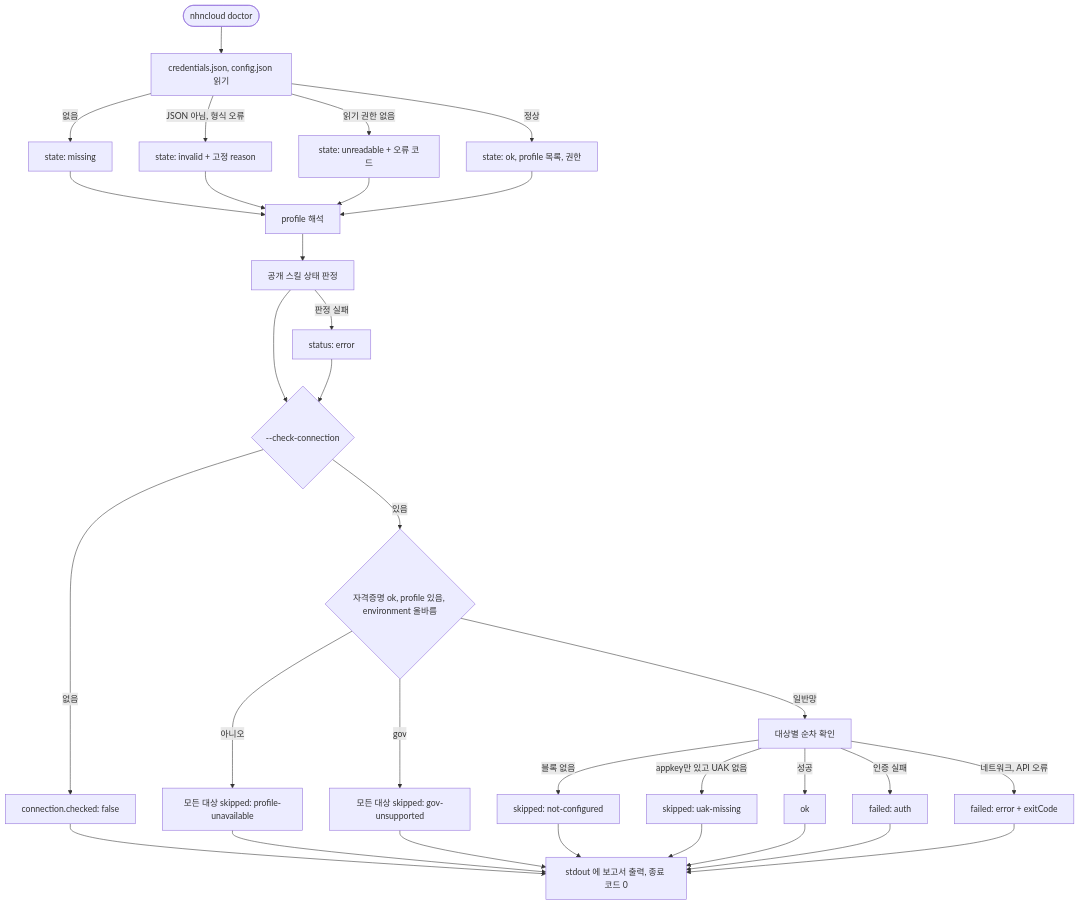
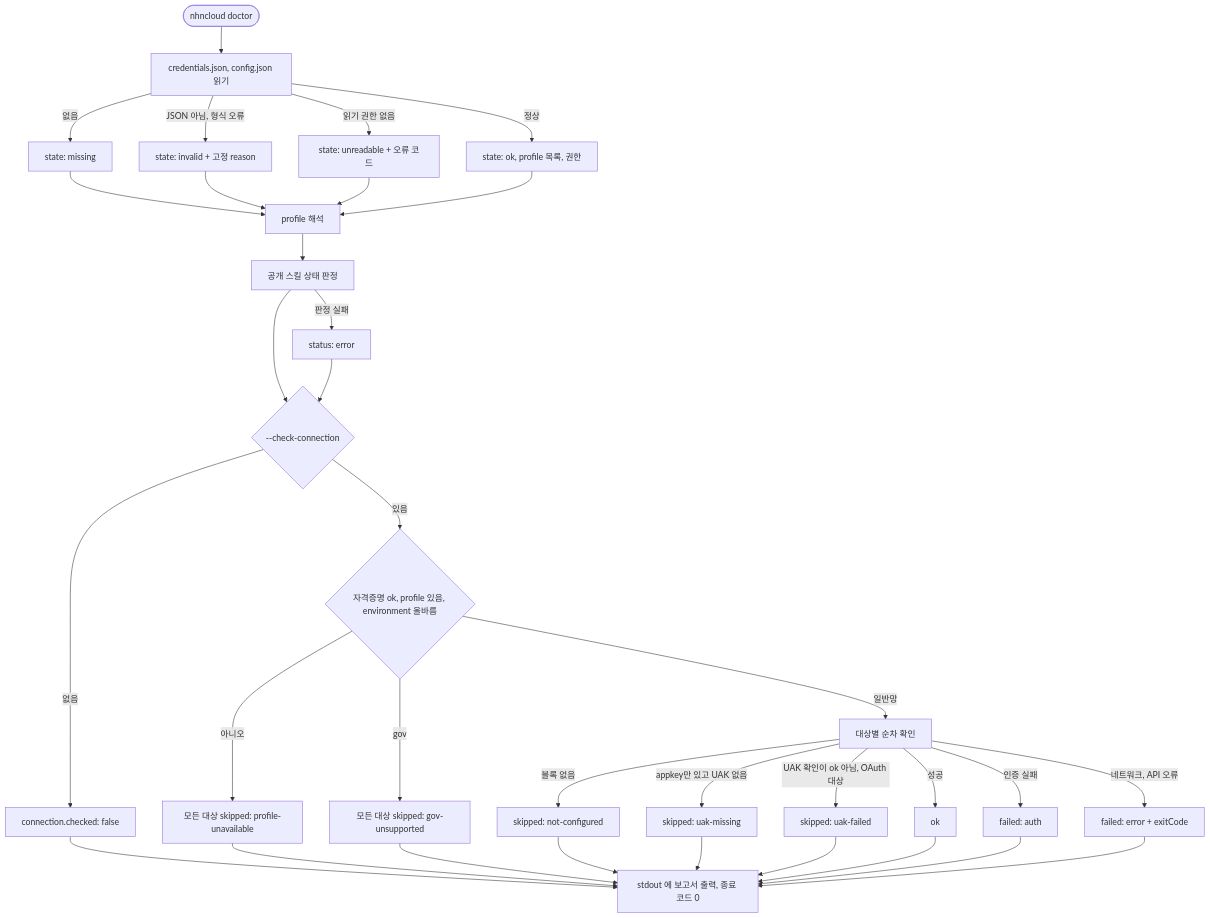
One commit to jon890/nhncloud-cli changed the diagram in docs/flow.md. Above: the diagram before and after it, drawn with Mermaid. The commit also changed other lines of this file and 2 other files, not shown here.

Commit message:
docs(doctor): critic 지적 반영 - 연결 확인 시간 상한, ready 조건, 오류 문구 원칙

````diff
--- a/docs/flow.md
+++ b/docs/flow.md
@@ -48,24 +48,25 @@
 ```mermaid
 flowchart TD
   start([nhncloud doctor]) --> files[credentials.json, config.json 읽기]
   files -->|없음| missing[state: missing]
   files -->|JSON 아님, 형식 오류| invalid[state: invalid + 고정 reason]
   files -->|읽기 권한 없음| unreadable[state: unreadable + 오류 코드]
   files -->|정상| ok[state: ok, profile 목록, 권한]
   missing & invalid & unreadable & ok --> resolve[profile 해석]
   resolve --> skill[공개 스킬 상태 판정]
   skill -->|판정 실패| skillerr[status: error]
   skill --> flag{--check-connection}
   skillerr --> flag
   flag -->|없음| report[connection.checked: false]
   flag -->|있음| usable{자격증명 ok, profile 있음, environment 올바름}
   usable -->|아니오| unavailable[모든 대상 skipped: profile-unavailable]
   usable -->|gov| gov[모든 대상 skipped: gov-unsupported]
   usable -->|일반망| probe[대상별 순차 확인]
   probe -->|블록 없음| nc[skipped: not-configured]
   probe -->|appkey만 있고 UAK 없음| um[skipped: uak-missing]
+  probe -->|UAK 확인이 ok 아님, OAuth 대상| uf[skipped: uak-failed]
   probe -->|성공| pass[ok]
   probe -->|인증 실패| auth[failed: auth]
   probe -->|네트워크, API 오류| err[failed: error + exitCode]
-  report & unavailable & gov & nc & um & pass & auth & err --> out[stdout 에 보고서 출력, 종료 코드 0]
+  report & unavailable & gov & nc & um & uf & pass & auth & err --> out[stdout 에 보고서 출력, 종료 코드 0]
 ```
````
